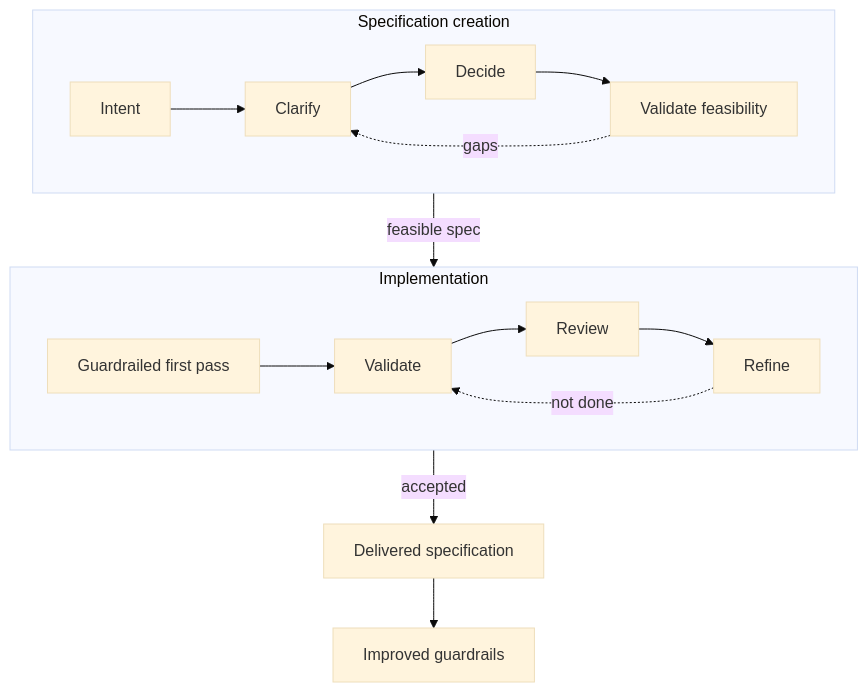
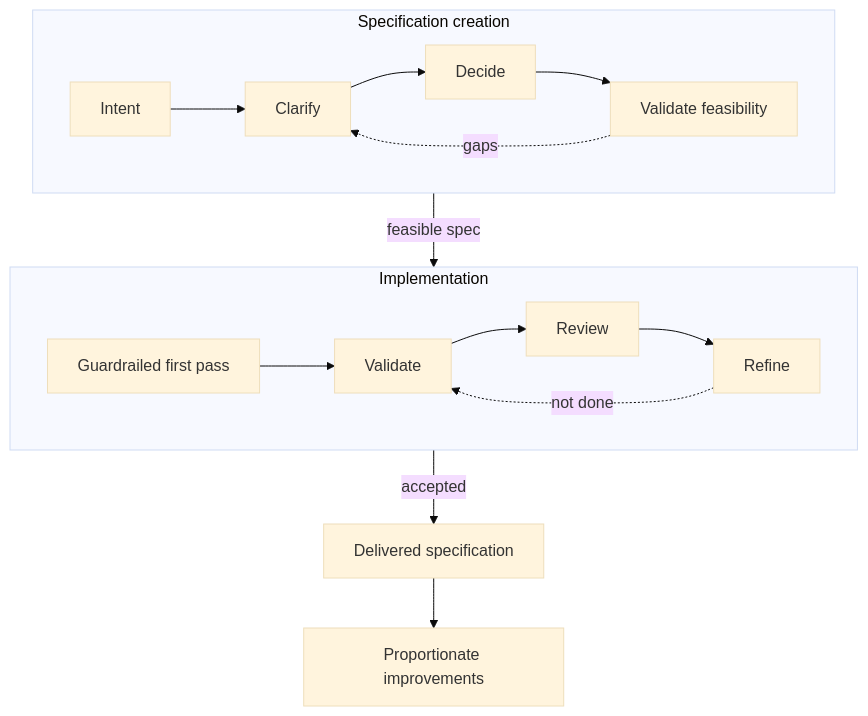
One commit to rich-mond/human-agent-development-framework changed the diagram in README.md. Above: the diagram before and after it, drawn with Mermaid (base theme). The commit also changed other lines of this file and 13 other files, not shown here.

````diff
--- a/README.md
+++ b/README.md
@@ -89,21 +91,21 @@
 ```mermaid
 flowchart TB
     subgraph S[Specification creation]
         direction LR
         S1[Intent] --> S2[Clarify] --> S3[Decide] --> S4[Validate feasibility]
         S4 -. gaps .-> S2
     end
 
     subgraph I[Implementation]
         direction LR
         I1[Guardrailed first pass] --> I2[Validate] --> I3[Review] --> I4[Refine]
         I4 -. not done .-> I2
     end
 
     D[Delivered specification]
-    G[Improved guardrails]
+    G[Proportionate improvements]
 
     S -->|feasible spec| I
     I -->|accepted| D
     D --> G
 ```
````
